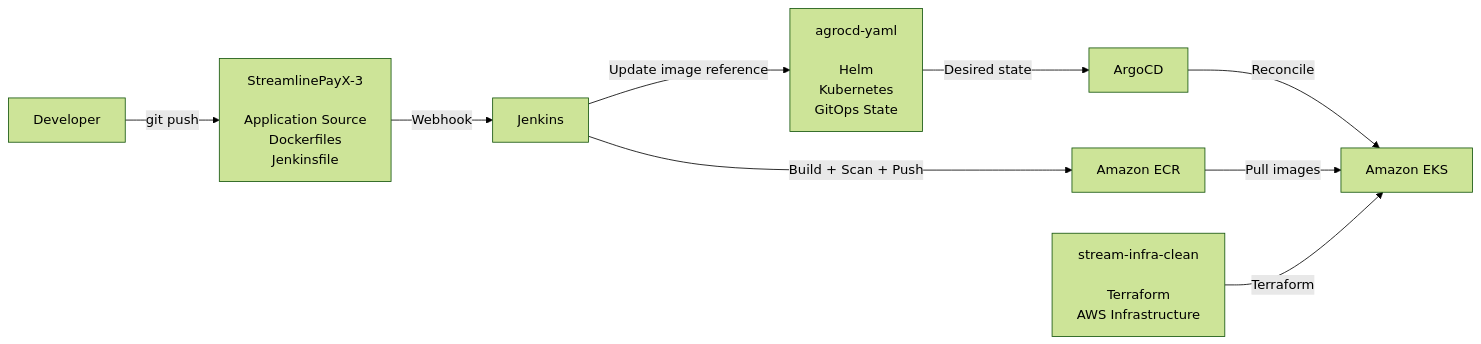
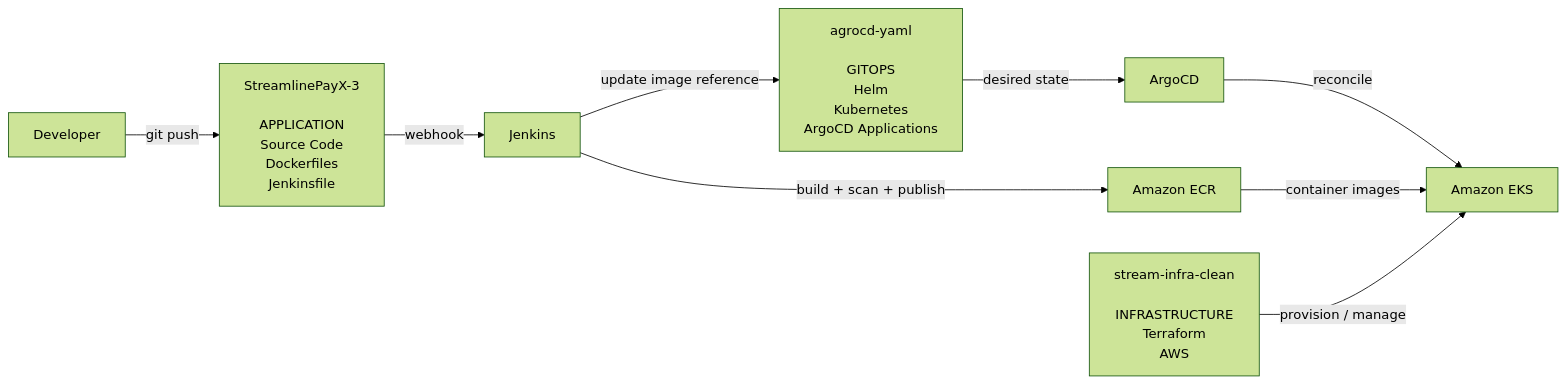
One commit to maxiemoses-eu/StreamlinePayX-3 changed the first of 2 diagrams in README.md. Above: the diagram before and after it, drawn with Mermaid (forest theme). The commit also changed other lines of this file, not shown here.

````diff
--- a/README.md
+++ b/README.md
@@ -17,32 +13,32 @@
 ```mermaid
 flowchart LR
 
     DEV["Developer"]
 
-    APP["StreamlinePayX-3<br/><br/>Application Source<br/>Dockerfiles<br/>Jenkinsfile"]
+    APP["StreamlinePayX-3<br/><br/>APPLICATION<br/>Source Code<br/>Dockerfiles<br/>Jenkinsfile"]
 
     JENKINS["Jenkins"]
 
     ECR["Amazon ECR"]
 
-    GITOPS["agrocd-yaml<br/><br/>Helm<br/>Kubernetes<br/>GitOps State"]
+    GITOPS["agrocd-yaml<br/><br/>GITOPS<br/>Helm<br/>Kubernetes<br/>ArgoCD Applications"]
 
     ARGO["ArgoCD"]
 
-    INFRA["stream-infra-clean<br/><br/>Terraform<br/>AWS Infrastructure"]
+    INFRA["stream-infra-clean<br/><br/>INFRASTRUCTURE<br/>Terraform<br/>AWS"]
 
     EKS["Amazon EKS"]
 
     DEV -->|"git push"| APP
-    APP -->|"Webhook"| JENKINS
+    APP -->|"webhook"| JENKINS
 
-    JENKINS -->|"Build + Scan + Push"| ECR
-    JENKINS -->|"Update image reference"| GITOPS
+    JENKINS -->|"build + scan + publish"| ECR
+    JENKINS -->|"update image reference"| GITOPS
 
-    GITOPS -->|"Desired state"| ARGO
-    ARGO -->|"Reconcile"| EKS
+    GITOPS -->|"desired state"| ARGO
+    ARGO -->|"reconcile"| EKS
 
-    ECR -->|"Pull images"| EKS
+    ECR -->|"container images"| EKS
 
-    INFRA -->|"Terraform"| EKS
+    INFRA -->|"provision / manage"| EKS
 ```
````
